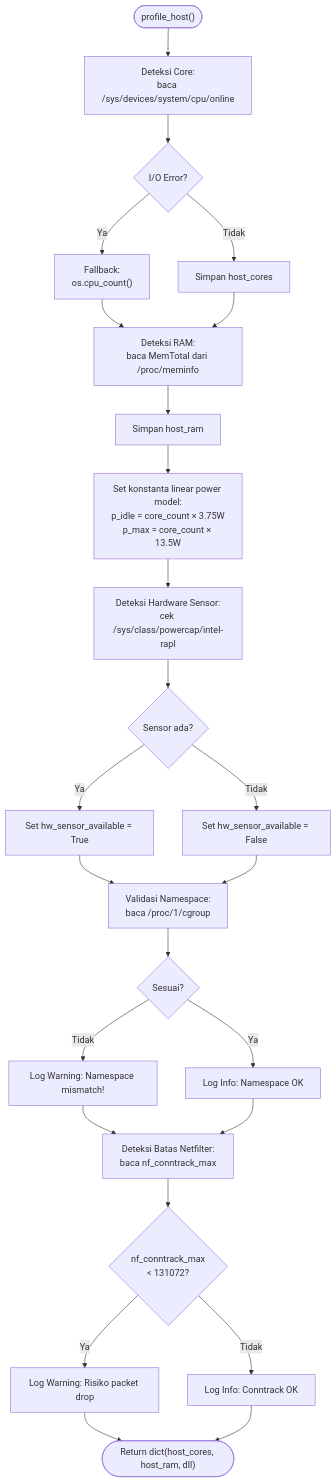
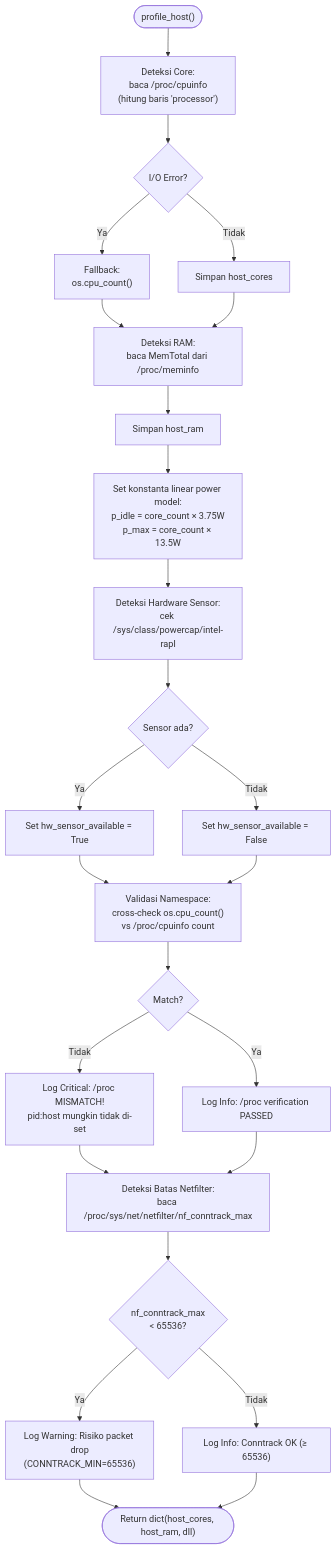
Before and after one commit to fauzanreza/green-container-framework: the first of 2 diagrams in architecture-diagrams/layer-1-profiler/01_profile_host.md, drawn with Mermaid. The commit also changed other lines of this file and 81 other files, not shown here.

````diff
--- a/architecture-diagrams/layer-1-profiler/01_profile_host.md
+++ b/architecture-diagrams/layer-1-profiler/01_profile_host.md
@@ -9,56 +9,56 @@
 ```mermaid
 flowchart TD
     START(["profile_host()"])
 
-    CPU_TRY["Deteksi Core:<br/>baca /sys/devices/system/cpu/online"]
+    CPU_TRY["Deteksi Core:<br/>baca /proc/cpuinfo<br/>(hitung baris 'processor')"]
     CPU_ERR{"I/O Error?"}
     CPU_FALLBACK["Fallback:<br/>os.cpu_count()"]
     CPU_OK["Simpan host_cores"]
 
     RAM_TRY["Deteksi RAM:<br/>baca MemTotal dari /proc/meminfo"]
     RAM_OK["Simpan host_ram"]
 
     ENERGY_CONST["Set konstanta linear power model:<br/>p_idle = core_count × 3.75W<br/>p_max = core_count × 13.5W"]
 
     RAPL_CHECK["Deteksi Hardware Sensor:<br/>cek /sys/class/powercap/intel-rapl"]
     RAPL_FOUND{"Sensor ada?"}
     RAPL_YES["Set hw_sensor_available = True"]
     RAPL_NO["Set hw_sensor_available = False"]
 
-    NS_CHECK["Validasi Namespace:<br/>baca /proc/1/cgroup"]
-    NS_MATCH{"Sesuai?"}
-    NS_WARN["Log Warning: Namespace mismatch!"]
-    NS_OK["Log Info: Namespace OK"]
+    NS_CHECK["Validasi Namespace:<br/>cross-check os.cpu_count()<br/>vs /proc/cpuinfo count"]
+    NS_MATCH{"Match?"}
+    NS_WARN["Log Critical: /proc MISMATCH!<br/>pid:host mungkin tidak di-set"]
+    NS_OK["Log Info: /proc verification PASSED"]
 
-    NET_CHECK["Deteksi Batas Netfilter:<br/>baca nf_conntrack_max"]
-    NET_WARN{"nf_conntrack_max<br/>< 131072?"}
-    WARN_LOG["Log Warning: Risiko packet drop"]
-    NET_OK["Log Info: Conntrack OK"]
+    NET_CHECK["Deteksi Batas Netfilter:<br/>baca /proc/sys/net/netfilter/nf_conntrack_max"]
+    NET_WARN{"nf_conntrack_max<br/>< 65536?"}
+    WARN_LOG["Log Warning: Risiko packet drop<br/>(CONNTRACK_MIN=65536)"]
+    NET_OK["Log Info: Conntrack OK (≥ 65536)"]
 
     RETURN(["Return dict(host_cores, host_ram, dll)"])
 
     START --> CPU_TRY
     CPU_TRY --> CPU_ERR
     CPU_ERR -->|Ya| CPU_FALLBACK
     CPU_ERR -->|Tidak| CPU_OK
     CPU_FALLBACK --> RAM_TRY
     CPU_OK --> RAM_TRY
     RAM_TRY --> RAM_OK
     RAM_OK --> ENERGY_CONST
     ENERGY_CONST --> RAPL_CHECK
     RAPL_CHECK --> RAPL_FOUND
     RAPL_FOUND -->|Ya| RAPL_YES
     RAPL_FOUND -->|Tidak| RAPL_NO
     RAPL_YES --> NS_CHECK
     RAPL_NO --> NS_CHECK
     NS_CHECK --> NS_MATCH
     NS_MATCH -->|Tidak| NS_WARN
     NS_MATCH -->|Ya| NS_OK
     NS_WARN --> NET_CHECK
     NS_OK --> NET_CHECK
     NET_CHECK --> NET_WARN
     NET_WARN -->|Ya| WARN_LOG
     NET_WARN -->|Tidak| NET_OK
     WARN_LOG --> RETURN
     NET_OK --> RETURN
 ```
````
